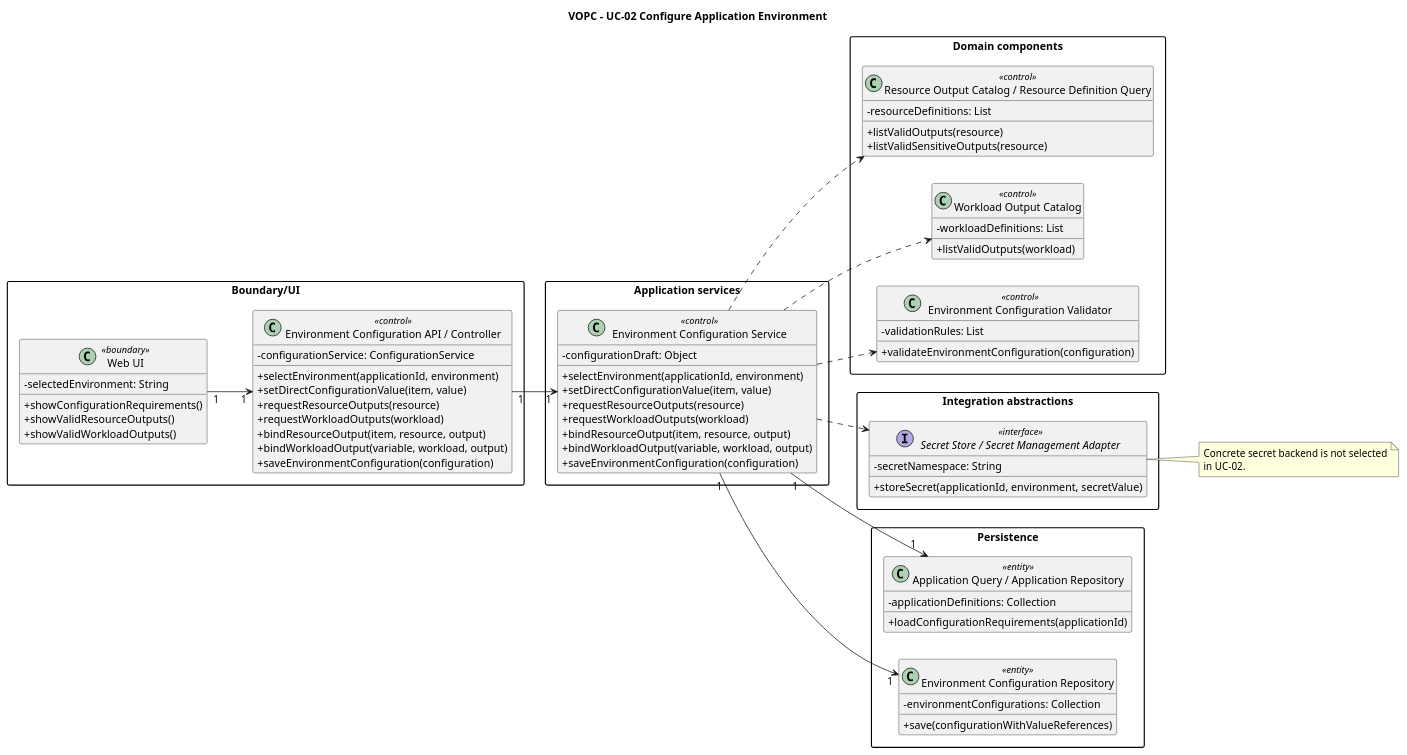
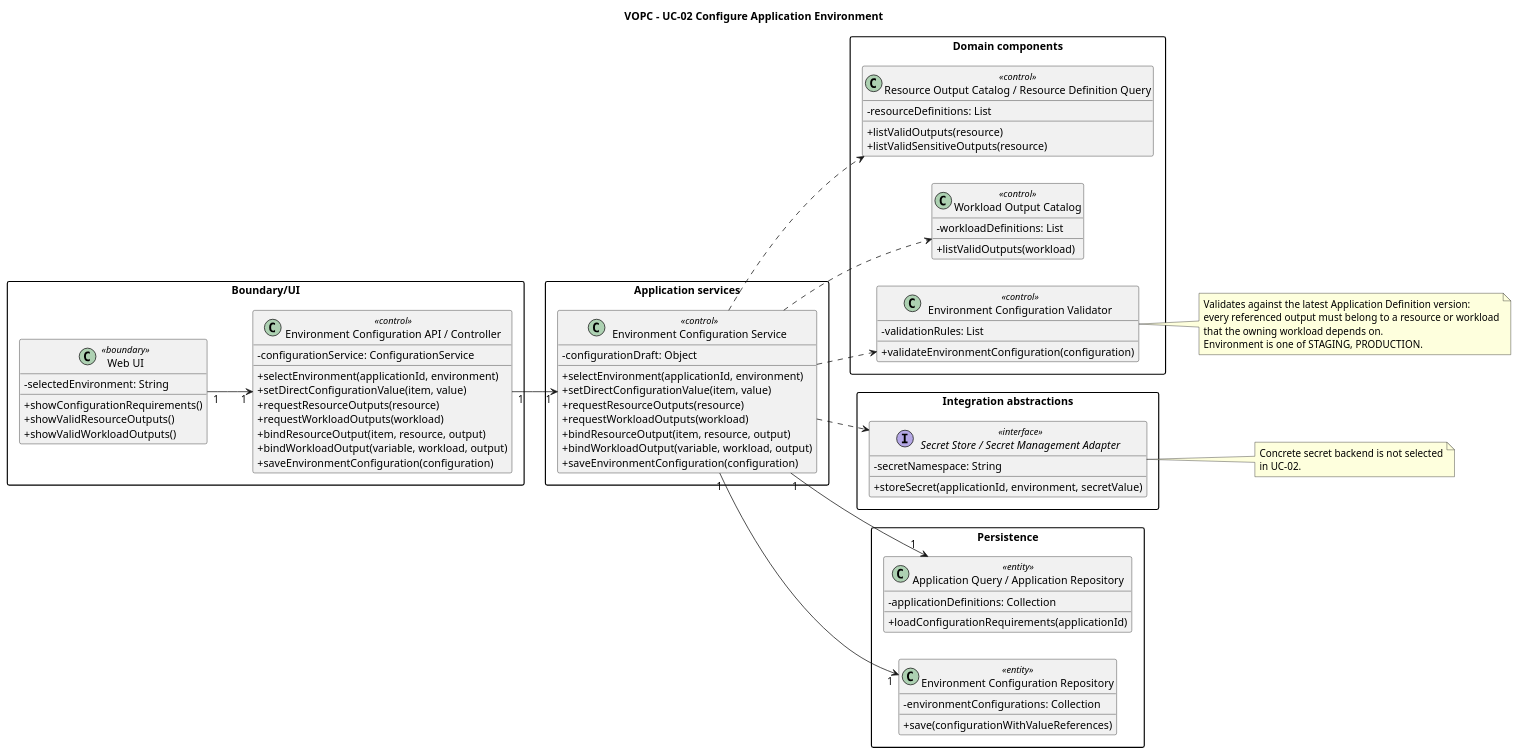
Before and after one commit to pr3s3nt/final_idp: the diagram in 01_vopc_design_class_diagram/vopc_uc02.puml, drawn with PlantUML. The commit also changed 5 other files, not shown here.

First line of the commit message:
Sửa VOPC / design class diagram theo vấn đề 2, 3, 5, 10

```diff
--- a/01_vopc_design_class_diagram/vopc_uc02.puml
+++ b/01_vopc_design_class_diagram/vopc_uc02.puml
@@ -1,89 +1,96 @@
 @startuml
 title VOPC - UC-02 Configure Application Environment
 
 left to right direction
 skinparam packageStyle rectangle
 skinparam classAttributeIconSize 0
 hide empty members
 
 package "Boundary/UI" {
   class "Web UI" as WebUI <<boundary>> {
     -selectedEnvironment: String
     +showConfigurationRequirements()
     +showValidResourceOutputs()
     +showValidWorkloadOutputs()
   }
   class "Environment Configuration API / Controller" as API <<control>> {
     -configurationService: ConfigurationService
     +selectEnvironment(applicationId, environment)
     +setDirectConfigurationValue(item, value)
     +requestResourceOutputs(resource)
     +requestWorkloadOutputs(workload)
     +bindResourceOutput(item, resource, output)
     +bindWorkloadOutput(variable, workload, output)
     +saveEnvironmentConfiguration(configuration)
   }
 }
 
 package "Application services" {
   class "Environment Configuration Service" as ConfigurationService <<control>> {
     -configurationDraft: Object
     +selectEnvironment(applicationId, environment)
     +setDirectConfigurationValue(item, value)
     +requestResourceOutputs(resource)
     +requestWorkloadOutputs(workload)
     +bindResourceOutput(item, resource, output)
     +bindWorkloadOutput(variable, workload, output)
     +saveEnvironmentConfiguration(configuration)
   }
 }
 
 package "Domain components" {
   class "Resource Output Catalog / Resource Definition Query" as ResourceCatalog <<control>> {
     -resourceDefinitions: List
     +listValidOutputs(resource)
     +listValidSensitiveOutputs(resource)
   }
   class "Workload Output Catalog" as WorkloadCatalog <<control>> {
     -workloadDefinitions: List
     +listValidOutputs(workload)
   }
   class "Environment Configuration Validator" as Validator <<control>> {
     -validationRules: List
     +validateEnvironmentConfiguration(configuration)
   }
 }
 
 package "Integration abstractions" {
   interface "Secret Store / Secret Management Adapter" as SecretStore <<interface>> {
     -secretNamespace: String
     +storeSecret(applicationId, environment, secretValue)
   }
 }
 
 package "Persistence" {
   class "Application Query / Application Repository" as AppQuery <<entity>> {
     -applicationDefinitions: Collection
     +loadConfigurationRequirements(applicationId)
   }
   class "Environment Configuration Repository" as ConfigRepo <<entity>> {
     -environmentConfigurations: Collection
     +save(configurationWithValueReferences)
   }
 }
 
 WebUI "1" --> "1" API
 API "1" --> "1" ConfigurationService
 ConfigurationService "1" --> "1" AppQuery
 ConfigurationService ..> ResourceCatalog
 ConfigurationService ..> WorkloadCatalog
 ConfigurationService ..> Validator
 ConfigurationService ..> SecretStore
 ConfigurationService "1" --> "1" ConfigRepo
 
 note right of SecretStore
   Concrete secret backend is not selected
   in UC-02.
 end note
 
+note right of Validator
+  Validates against the latest Application Definition version:
+  every referenced output must belong to a resource or workload
+  that the owning workload depends on.
+  Environment is one of STAGING, PRODUCTION.
+end note
+
 @enduml
```
